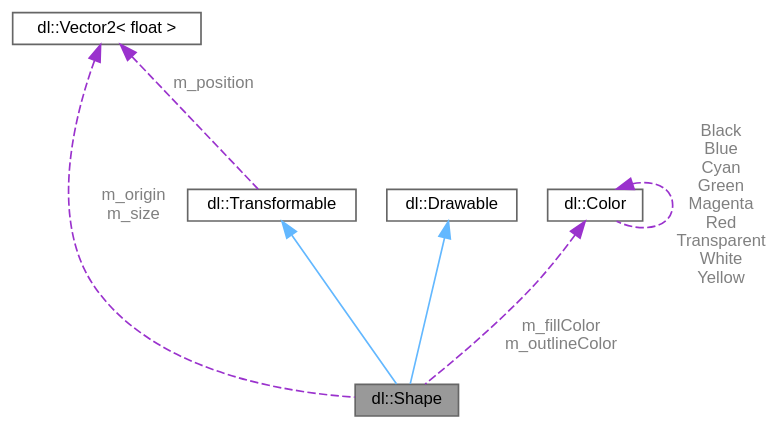
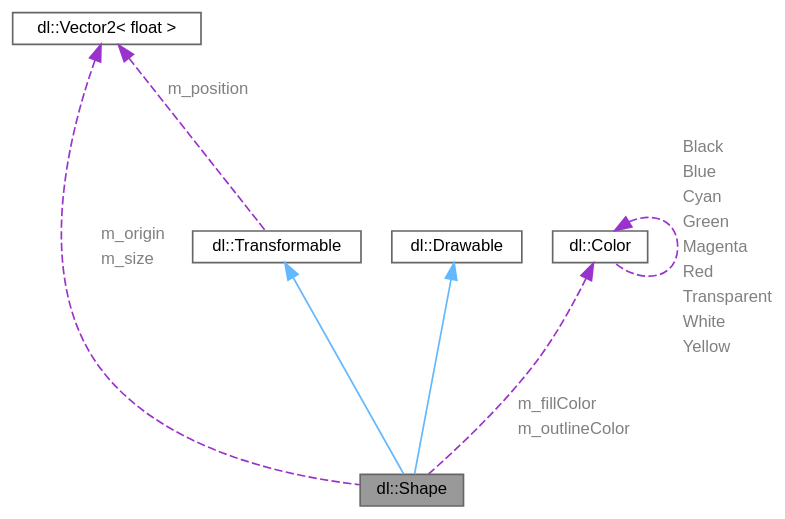
One commit to Dogbonee/Dualie changed the diagram in docs/classdl_1_1Shape__coll__graph.dot. Above: the diagram before and after it, drawn with Graphviz. The commit also changed 171 other files, not shown here.

```diff
--- a/docs/classdl_1_1Shape__coll__graph.dot
+++ b/docs/classdl_1_1Shape__coll__graph.dot
@@ -1,18 +1,32 @@
 digraph "dl::Shape"
 {
  // LATEX_PDF_SIZE
   bgcolor="transparent";
   edge [fontname=Helvetica,fontsize=10,labelfontname=Helvetica,labelfontsize=10];
   node [fontname=Helvetica,fontsize=10,shape=box,height=0.2,width=0.4];
   Node1 [id="Node000001",label="dl::Shape",height=0.2,width=0.4,color="gray40", fillcolor="grey60", style="filled", fontcolor="black",tooltip="The base class for any shape."];
   Node2 -> Node1 [id="edge1_Node000001_Node000002",dir="back",color="steelblue1",style="solid",tooltip=" "];
   Node2 [id="Node000002",label="dl::Transformable",height=0.2,width=0.4,color="gray40", fillcolor="white", style="filled",URL="$classdl_1_1Transformable.html",tooltip="A base class for anything that has a position on the screen."];
-  Node3 -> Node2 [id="edge2_Node000002_Node000003",dir="back",color="darkorchid3",style="dashed",tooltip=" ",label=" m_position",fontcolor="grey" ];
+  Node3 -> Node2 [id="edge2_Node000002_Node000003",dir="back",color="darkorchid3",style="dashed",tooltip=" ",label=<<TABLE CELLBORDER="0" BORDER="0"><TR><TD VALIGN="top" ALIGN="LEFT" CELLPADDING="1" CELLSPACING="0">m_position</TD></TR>
+</TABLE>> ,fontcolor="grey" ];
   Node3 [id="Node000003",label="dl::Vector2\< float \>",height=0.2,width=0.4,color="gray40", fillcolor="white", style="filled",URL="$classdl_1_1Vector2.html",tooltip=" "];
   Node4 -> Node1 [id="edge3_Node000001_Node000004",dir="back",color="steelblue1",style="solid",tooltip=" "];
   Node4 [id="Node000004",label="dl::Drawable",height=0.2,width=0.4,color="gray40", fillcolor="white", style="filled",URL="$classdl_1_1Drawable.html",tooltip="The base class for any object that can be drawn to the screen."];
-  Node5 -> Node1 [id="edge4_Node000001_Node000005",dir="back",color="darkorchid3",style="dashed",tooltip=" ",label=" m_fillColor\nm_outlineColor",fontcolor="grey" ];
+  Node5 -> Node1 [id="edge4_Node000001_Node000005",dir="back",color="darkorchid3",style="dashed",tooltip=" ",label=<<TABLE CELLBORDER="0" BORDER="0"><TR><TD VALIGN="top" ALIGN="LEFT" CELLPADDING="1" CELLSPACING="0">m_fillColor</TD></TR>
+<TR><TD VALIGN="top" ALIGN="LEFT" CELLPADDING="1" CELLSPACING="0">m_outlineColor</TD></TR>
+</TABLE>> ,fontcolor="grey" ];
   Node5 [id="Node000005",label="dl::Color",height=0.2,width=0.4,color="gray40", fillcolor="white", style="filled",URL="$classdl_1_1Color.html",tooltip="A class used to describe a RGBA color."];
-  Node5 -> Node5 [id="edge5_Node000005_Node000005",dir="back",color="darkorchid3",style="dashed",tooltip=" ",label=" Black\nBlue\nCyan\nGreen\nMagenta\nRed\nTransparent\nWhite\nYellow",fontcolor="grey" ];
-  Node3 -> Node1 [id="edge6_Node000001_Node000003",dir="back",color="darkorchid3",style="dashed",tooltip=" ",label=" m_origin\nm_size",fontcolor="grey" ];
+  Node5 -> Node5 [id="edge5_Node000005_Node000005",dir="back",color="darkorchid3",style="dashed",tooltip=" ",label=<<TABLE CELLBORDER="0" BORDER="0"><TR><TD VALIGN="top" ALIGN="LEFT" CELLPADDING="1" CELLSPACING="0">Black</TD></TR>
+<TR><TD VALIGN="top" ALIGN="LEFT" CELLPADDING="1" CELLSPACING="0">Blue</TD></TR>
+<TR><TD VALIGN="top" ALIGN="LEFT" CELLPADDING="1" CELLSPACING="0">Cyan</TD></TR>
+<TR><TD VALIGN="top" ALIGN="LEFT" CELLPADDING="1" CELLSPACING="0">Green</TD></TR>
+<TR><TD VALIGN="top" ALIGN="LEFT" CELLPADDING="1" CELLSPACING="0">Magenta</TD></TR>
+<TR><TD VALIGN="top" ALIGN="LEFT" CELLPADDING="1" CELLSPACING="0">Red</TD></TR>
+<TR><TD VALIGN="top" ALIGN="LEFT" CELLPADDING="1" CELLSPACING="0">Transparent</TD></TR>
+<TR><TD VALIGN="top" ALIGN="LEFT" CELLPADDING="1" CELLSPACING="0">White</TD></TR>
+<TR><TD VALIGN="top" ALIGN="LEFT" CELLPADDING="1" CELLSPACING="0">Yellow</TD></TR>
+</TABLE>> ,fontcolor="grey" ];
+  Node3 -> Node1 [id="edge6_Node000001_Node000003",dir="back",color="darkorchid3",style="dashed",tooltip=" ",label=<<TABLE CELLBORDER="0" BORDER="0"><TR><TD VALIGN="top" ALIGN="LEFT" CELLPADDING="1" CELLSPACING="0">m_origin</TD></TR>
+<TR><TD VALIGN="top" ALIGN="LEFT" CELLPADDING="1" CELLSPACING="0">m_size</TD></TR>
+</TABLE>> ,fontcolor="grey" ];
 }
```
